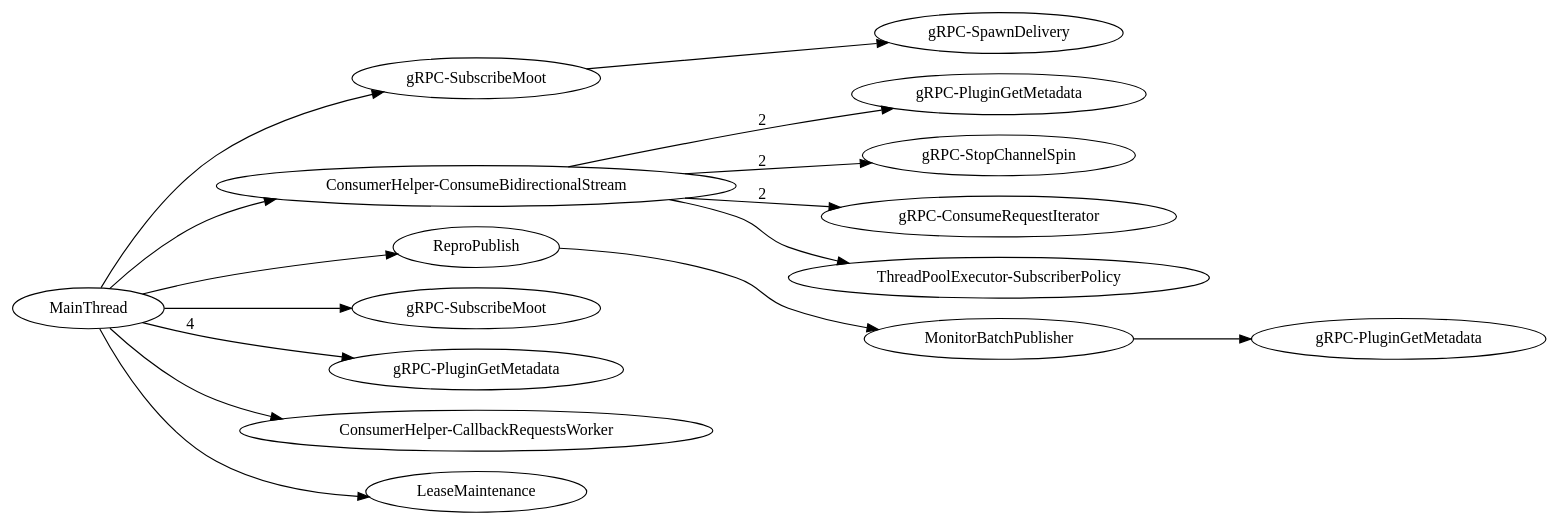
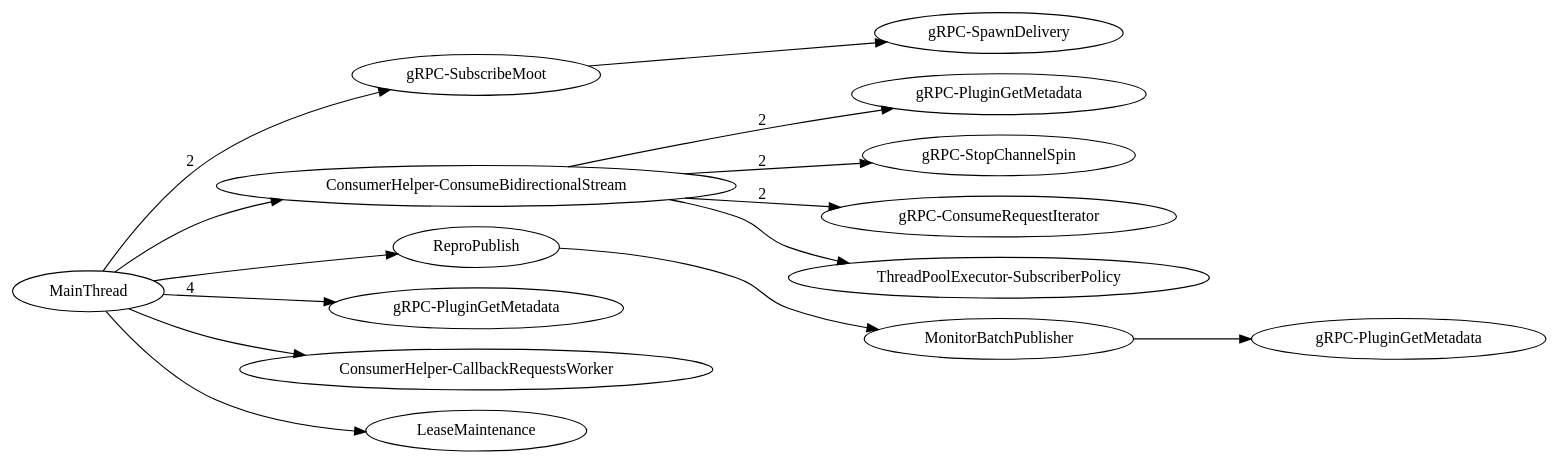
One commit to dhermes/google-cloud-pubsub-performance changed the diagram in message-after-recover/0.29.2.dot. Above: the diagram before and after it, drawn with Graphviz. The commit also changed 18 other files, not shown here.

```diff
--- a/message-after-recover/0.29.2.dot
+++ b/message-after-recover/0.29.2.dot
@@ -1,72 +1,67 @@
 digraph G {
 rankdir=LR;
 subgraph  {
 subgraph  {
 }
 
 "Thread-gRPC-SubscribeMoot" -> "Thread-gRPC-SpawnDelivery";
-}
-
-subgraph  {
 }
 
 subgraph  {
 }
 
 subgraph  {
 }
 
 subgraph  {
 subgraph  {
 }
 
 subgraph  {
 }
 
 subgraph  {
 }
 
 subgraph  {
 }
 
 "Thread-ConsumerHelper-ConsumeBidirectionalStream" -> "Thread-gRPC-PluginGetMetadata++"  [label=2];
 "Thread-ConsumerHelper-ConsumeBidirectionalStream" -> "Thread-gRPC-StopChannelSpin"  [label=2];
 "Thread-ConsumerHelper-ConsumeBidirectionalStream" -> "Thread-gRPC-ConsumeRequestIterator"  [label=2];
 "Thread-ConsumerHelper-ConsumeBidirectionalStream" -> "ThreadPoolExecutor-SubscriberPolicy";
 }
 
 subgraph  {
 }
 
 subgraph  {
 subgraph  {
 subgraph  {
 }
 
 "Thread-MonitorBatchPublisher" -> "Thread-gRPC-PluginGetMetadata++++";
 }
 
 "Thread-ReproPublish" -> "Thread-MonitorBatchPublisher";
 }
 
-MainThread -> "Thread-gRPC-SubscribeMoot";
-MainThread -> "Thread-gRPC-SubscribeMoot+";
+MainThread -> "Thread-gRPC-SubscribeMoot"  [label=2];
 MainThread -> "Thread-gRPC-PluginGetMetadata"  [label=4];
 MainThread -> "Thread-ConsumerHelper-CallbackRequestsWorker";
 MainThread -> "Thread-ConsumerHelper-ConsumeBidirectionalStream";
 MainThread -> "Thread-LeaseMaintenance";
 MainThread -> "Thread-ReproPublish";
+"Thread-LeaseMaintenance" [label=LeaseMaintenance];
+"Thread-gRPC-PluginGetMetadata" [label="gRPC-PluginGetMetadata"];
+"Thread-gRPC-PluginGetMetadata++" [label="gRPC-PluginGetMetadata"];
+"Thread-gRPC-SpawnDelivery" [label="gRPC-SpawnDelivery"];
+"Thread-gRPC-StopChannelSpin" [label="gRPC-StopChannelSpin"];
+"Thread-gRPC-PluginGetMetadata++++" [label="gRPC-PluginGetMetadata"];
+"Thread-ReproPublish" [label=ReproPublish];
+"Thread-ConsumerHelper-CallbackRequestsWorker" [label="ConsumerHelper-CallbackRequestsWorker"];
+"Thread-gRPC-ConsumeRequestIterator" [label="gRPC-ConsumeRequestIterator"];
+"Thread-MonitorBatchPublisher" [label=MonitorBatchPublisher];
 "Thread-gRPC-SubscribeMoot" [label="gRPC-SubscribeMoot"];
-"Thread-gRPC-SpawnDelivery" [label="gRPC-SpawnDelivery"];
-"Thread-LeaseMaintenance" [label=LeaseMaintenance];
-"Thread-ReproPublish" [label=ReproPublish];
-"Thread-gRPC-PluginGetMetadata++" [label="gRPC-PluginGetMetadata"];
-"Thread-gRPC-PluginGetMetadata++++" [label="gRPC-PluginGetMetadata"];
-"Thread-gRPC-StopChannelSpin" [label="gRPC-StopChannelSpin"];
-"Thread-ConsumerHelper-CallbackRequestsWorker" [label="ConsumerHelper-CallbackRequestsWorker"];
-"Thread-gRPC-SubscribeMoot+" [label="gRPC-SubscribeMoot"];
-"Thread-gRPC-PluginGetMetadata" [label="gRPC-PluginGetMetadata"];
-"Thread-MonitorBatchPublisher" [label=MonitorBatchPublisher];
-"Thread-gRPC-ConsumeRequestIterator" [label="gRPC-ConsumeRequestIterator"];
 "Thread-ConsumerHelper-ConsumeBidirectionalStream" [label="ConsumerHelper-ConsumeBidirectionalStream"];
 }
```
